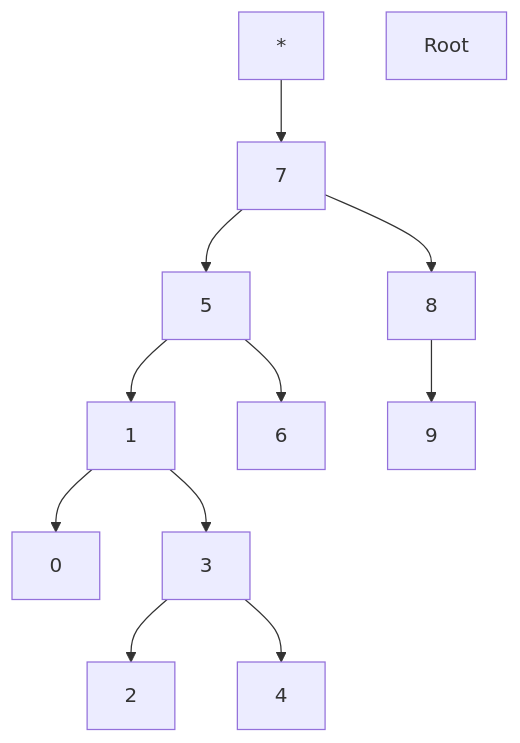
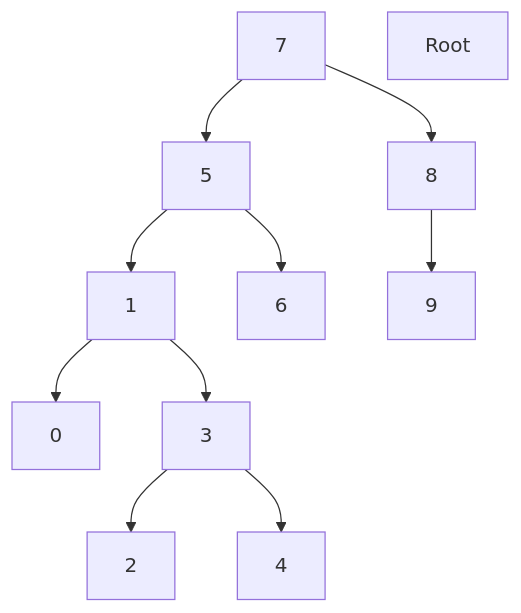
The diagram in README.md (ceyhansr/Binary-Search-Tree-Project), drawn with Mermaid before and after one commit.

````diff
--- a/README.md
+++ b/README.md
@@ -12,13 +12,12 @@
 ```mermaid
 graph TD;
-    *-->7;
     7-->5;Root            
     7-->8;
     8-->9;
     5-->1;
     5-->6;
     1-->0;
     1-->3;
     3-->2;
     3-->4;
 ```
````
